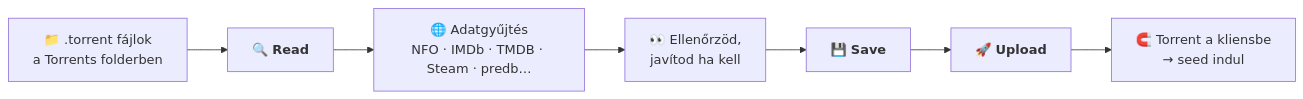
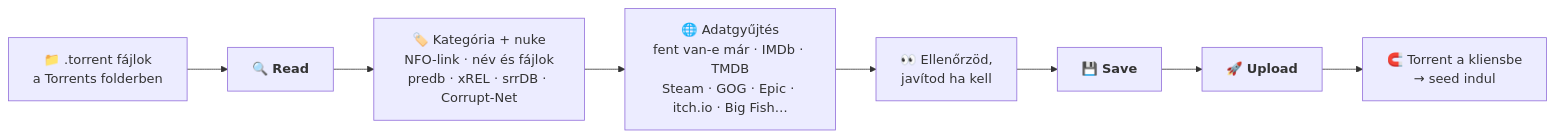
The diagram in README.md (MultiUploader/MultiUploader.github.io), drawn with Mermaid before and after one commit. The commit also changed other lines of this file and 2 other files, not shown here.

````diff
--- a/README.md
+++ b/README.md
@@ -188,9 +188,10 @@
 ```mermaid
 flowchart LR
     A[📁 .torrent fájlok<br/>a Torrents folderben] --> B[🔍 <b>Read</b>]
-    B --> C[🌐 Adatgyűjtés<br/>NFO · IMDb · TMDB · Steam · predb…]
-    C --> D[👀 Ellenőrzöd,<br/>javítod ha kell]
-    D --> E[💾 <b>Save</b>]
-    E --> F[🚀 <b>Upload</b>]
-    F --> G[🧲 Torrent a kliensbe<br/>→ seed indul]
+    B --> C[🏷️ Kategória + nuke<br/>NFO-link · név és fájlok<br/>predb · xREL · srrDB · Corrupt-Net]
+    C --> D[🌐 Adatgyűjtés<br/>fent van-e már · IMDb · TMDB<br/>Steam · GOG · Epic · itch.io · Big Fish…]
+    D --> E[👀 Ellenőrzöd,<br/>javítod ha kell]
+    E --> F[💾 <b>Save</b>]
+    F --> G[🚀 <b>Upload</b>]
+    G --> H[🧲 Torrent a kliensbe<br/>→ seed indul]
 ```
````
